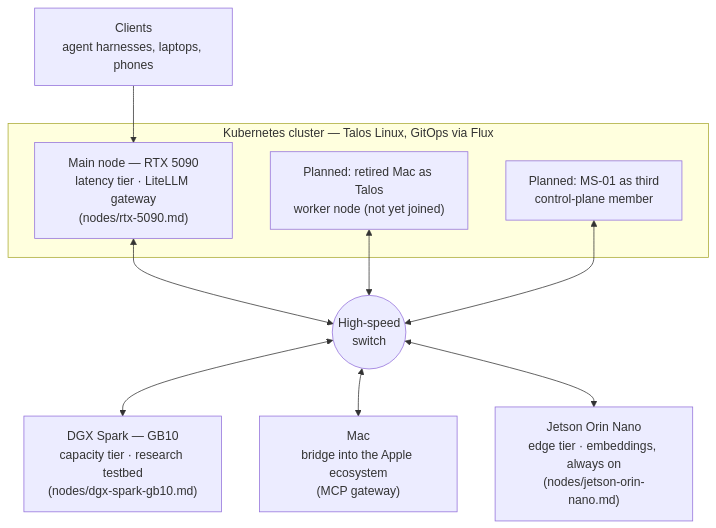
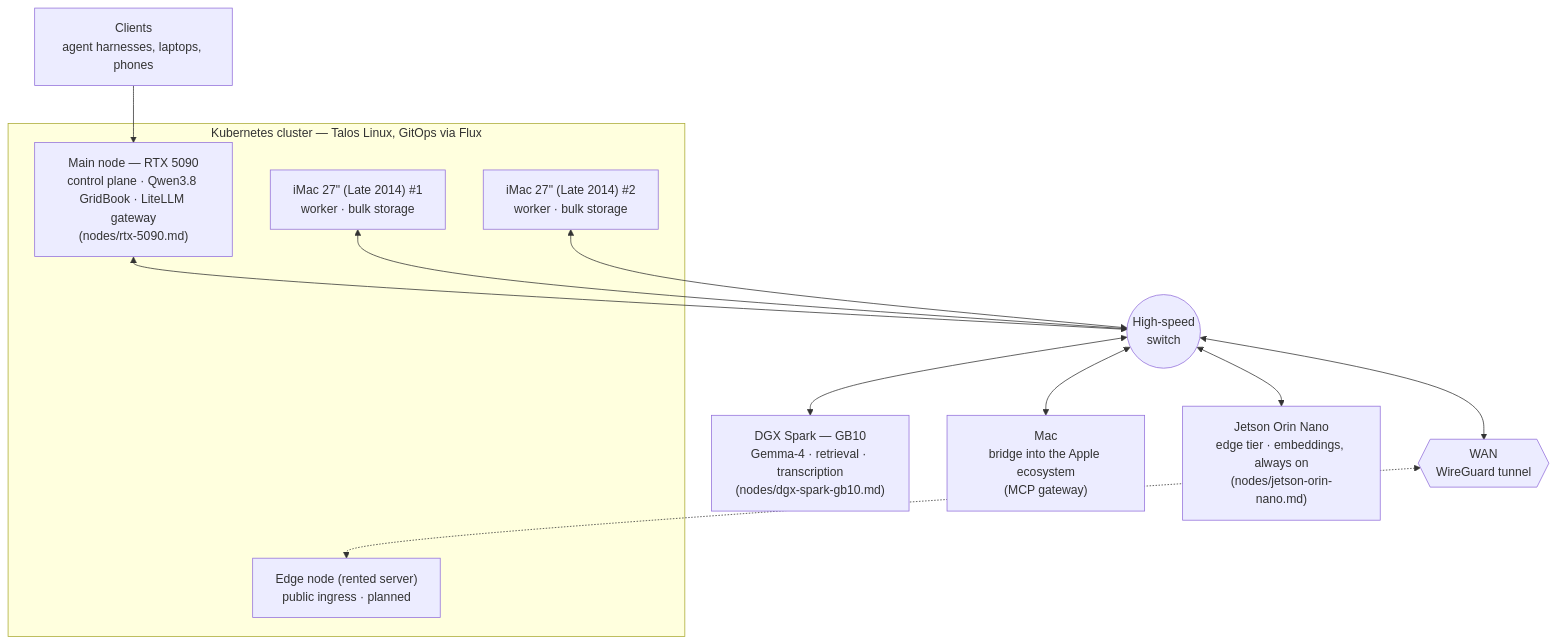
Before and after one commit to TechPrototyper/local-ai-lab: the diagram in nodes/homelab.md, drawn with Mermaid. The commit also changed other lines of this file and 17 other files, not shown here.

````diff
--- a/nodes/homelab.md
+++ b/nodes/homelab.md
@@ -7,26 +7,30 @@
 ```mermaid
 graph TB
     CLIENTS["Clients<br/>agent harnesses, laptops, phones"]
 
     subgraph CLUSTER["Kubernetes cluster — Talos Linux, GitOps via Flux"]
-        MAIN["Main node — RTX 5090<br/>latency tier · LiteLLM gateway<br/>(nodes/rtx-5090.md)"]
-        W1["Planned: retired Mac as Talos<br/>worker node (not yet joined)"]
-        W2["Planned: MS-01 as third<br/>control-plane member"]
+        MAIN["Main node — RTX 5090<br/>control plane · Qwen3.8 GridBook · LiteLLM gateway<br/>(nodes/rtx-5090.md)"]
+        I1["iMac 27&quot; (Late 2014) #1<br/>worker · bulk storage"]
+        I2["iMac 27&quot; (Late 2014) #2<br/>worker · bulk storage"]
+        EDGE["Edge node (rented server)<br/>public ingress · planned"]
     end
 
     SW(("High-speed<br/>switch"))
+    WAN{{"WAN<br/>WireGuard tunnel"}}
 
-    SPARK["DGX Spark — GB10<br/>capacity tier · research testbed<br/>(nodes/dgx-spark-gb10.md)"]
+    SPARK["DGX Spark — GB10<br/>Gemma-4 · retrieval · transcription<br/>(nodes/dgx-spark-gb10.md)"]
 
     MAC["Mac<br/>bridge into the Apple ecosystem<br/>(MCP gateway)"]
 
     JETSON["Jetson Orin Nano<br/>edge tier · embeddings, always on<br/>(nodes/jetson-orin-nano.md)"]
 
     CLIENTS --> MAIN
     MAIN <--> SW
-    W1 <--> SW
-    W2 <--> SW
+    I1 <--> SW
+    I2 <--> SW
+    SW <--> WAN
+    WAN <-.-> EDGE
     SW <--> SPARK
     SW <--> MAC
     SW <--> JETSON
 ```
````
